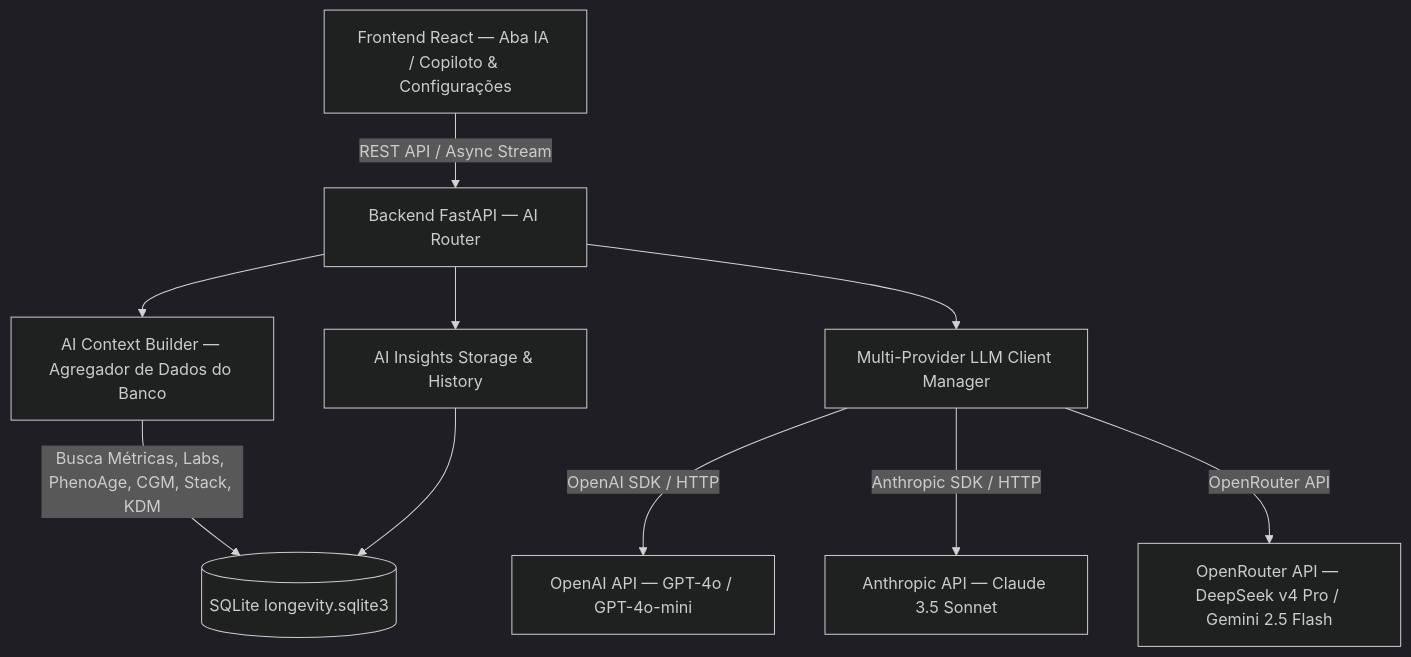
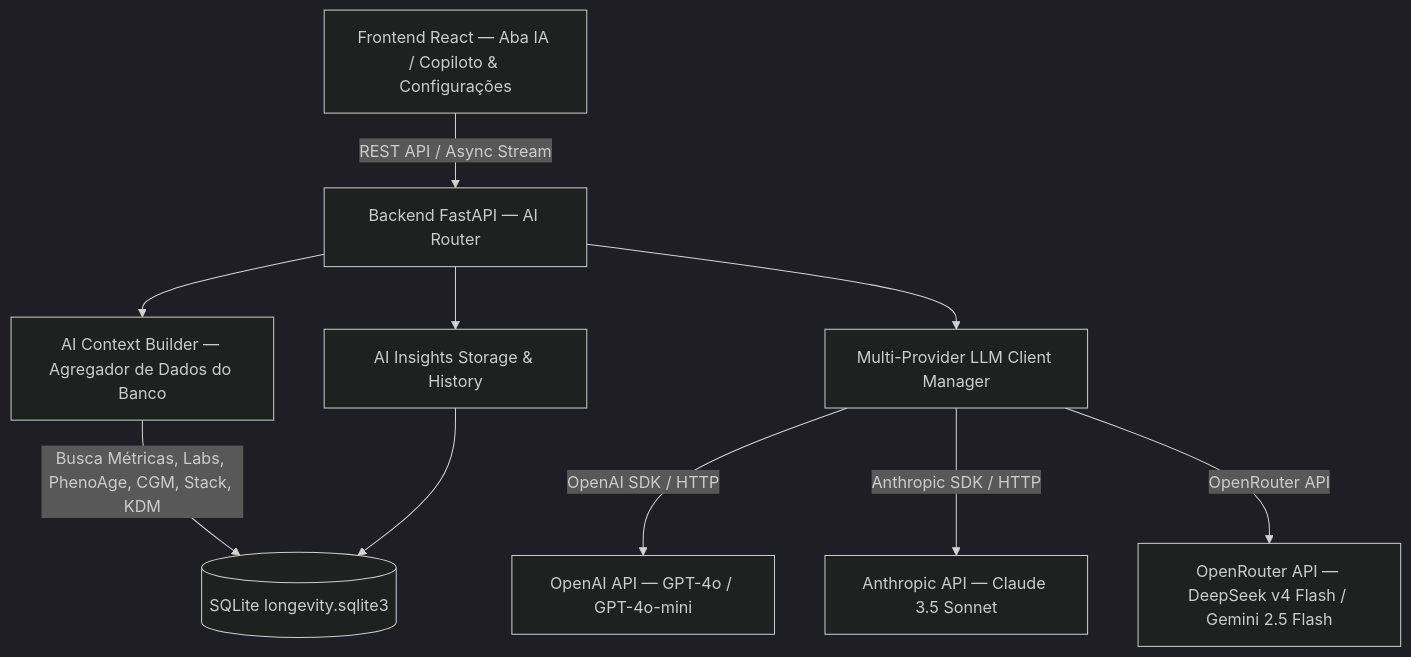
One commit to lguscouto/longevity-hub changed the diagram in docs/sdd.md. Above: the diagram before and after it, drawn with Mermaid (dark theme). The commit also changed other lines of this file and 21 other files, not shown here.

````diff
--- a/docs/sdd.md
+++ b/docs/sdd.md
@@ -24,12 +24,12 @@
 ```mermaid
 graph TD
     A[Frontend React — Aba IA / Copiloto & Configurações] -->|REST API / Async Stream| B[Backend FastAPI — AI Router]
     B --> C[AI Context Builder — Agregador de Dados do Banco]
     C -->|Busca Métricas, Labs, PhenoAge, CGM, Stack, KDM| D[(SQLite longevity.sqlite3)]
     B --> E[Multi-Provider LLM Client Manager]
     E -->|OpenAI SDK / HTTP| F[OpenAI API — GPT-4o / GPT-4o-mini]
     E -->|Anthropic SDK / HTTP| G[Anthropic API — Claude 3.5 Sonnet]
-    E -->|OpenRouter API| H[OpenRouter API — DeepSeek v4 Pro / Gemini 2.5 Flash]
+    E -->|OpenRouter API| H[OpenRouter API — DeepSeek v4 Flash / Gemini 2.5 Flash]
     B --> I[AI Insights Storage & History]
     I --> D
 ```
````
